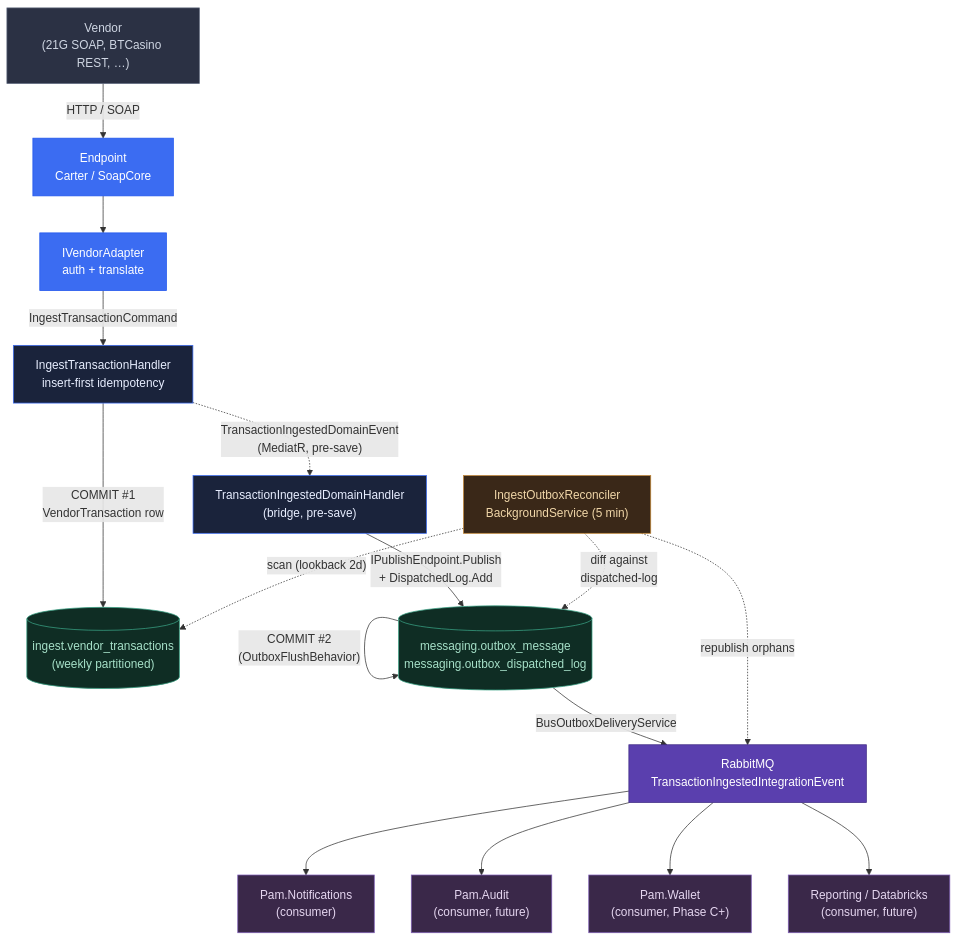
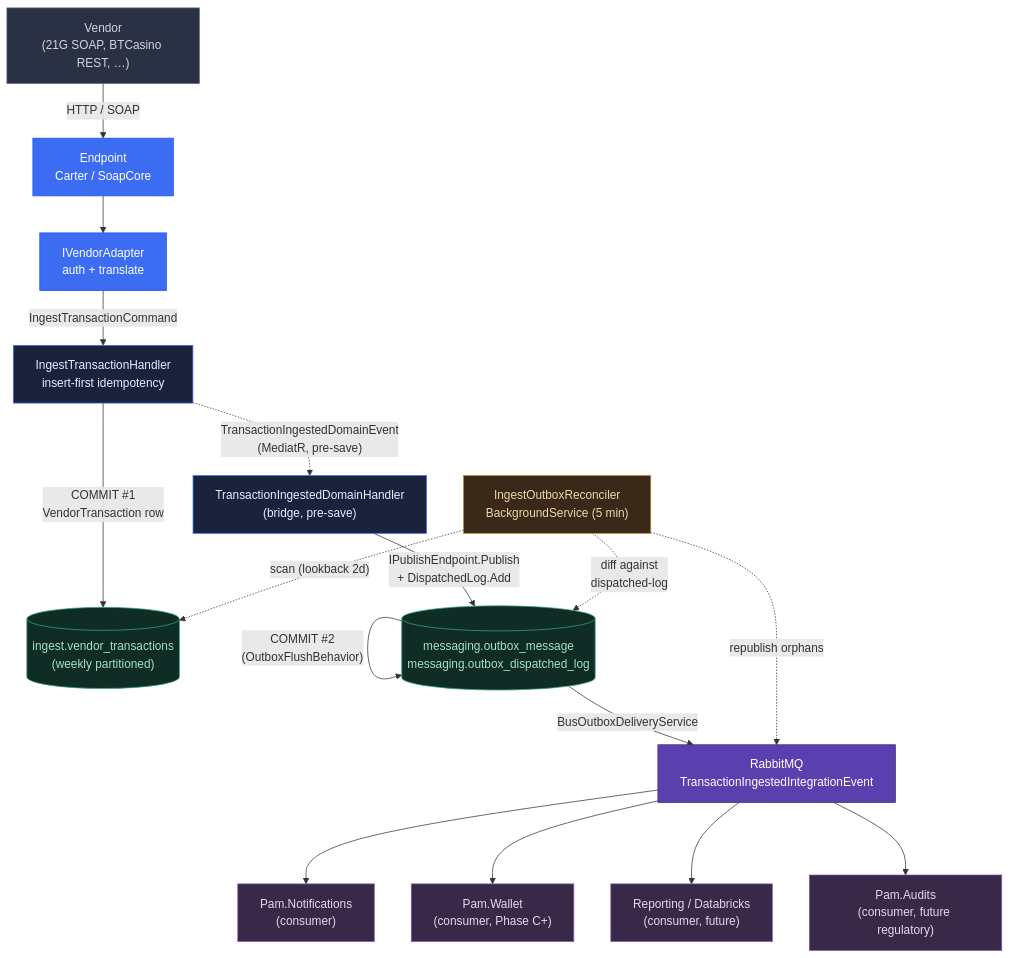
The diagram in docs-site/docs/INGEST.md (A1DS19/PAM), drawn with Mermaid before and after one commit. The commit also changed 4 other files, not shown here.

````diff
--- a/docs-site/docs/INGEST.md
+++ b/docs-site/docs/INGEST.md
@@ -76,41 +76,41 @@
 ```mermaid
 flowchart TB
     classDef ext fill:#2b3144,stroke:#566076,color:#cfd6e3
     classDef api fill:#3b6cf2,color:#fff,stroke:#1f55ed
     classDef handler fill:#1a233b,stroke:#3b6cf2,color:#e8eeff
     classDef db fill:#0f2d24,stroke:#39a386,color:#a6e0c8
     classDef bus fill:#5a3fae,color:#fff,stroke:#3f2a85
     classDef consumer fill:#3a2849,stroke:#7e5db5,color:#e5d6f0
     classDef recon fill:#3a2818,stroke:#c08434,color:#f0d6a8
 
     Vendor["Vendor<br/>(21G SOAP, BTCasino REST, …)"]:::ext
     Endpoint["Endpoint<br/>Carter / SoapCore"]:::api
     Adapter["IVendorAdapter<br/>auth + translate"]:::api
     Handler["IngestTransactionHandler<br/>insert-first idempotency"]:::handler
     Bridge["TransactionIngestedDomainHandler<br/>(bridge, pre-save)"]:::handler
     IngestDb[("ingest.vendor_transactions<br/>(weekly partitioned)")]:::db
     MsgDb[("messaging.outbox_message<br/>messaging.outbox_dispatched_log")]:::db
     Bus["RabbitMQ<br/>TransactionIngestedIntegrationEvent"]:::bus
     Notif["Pam.Notifications<br/>(consumer)"]:::consumer
-    AuditMod["Pam.Audit<br/>(consumer, future)"]:::consumer
     WalletMod["Pam.Wallet<br/>(consumer, Phase C+)"]:::consumer
     ReportMod["Reporting / Databricks<br/>(consumer, future)"]:::consumer
+    AuditsMod["Pam.Audits<br/>(consumer, future regulatory)"]:::consumer
     Reconciler["IngestOutboxReconciler<br/>BackgroundService (5 min)"]:::recon
 
     Vendor -->|"HTTP / SOAP"| Endpoint
     Endpoint --> Adapter
     Adapter -->|"IngestTransactionCommand"| Handler
     Handler -->|"COMMIT #1<br/>VendorTransaction row"| IngestDb
     Handler -.->|"TransactionIngestedDomainEvent<br/>(MediatR, pre-save)"| Bridge
     Bridge -->|"IPublishEndpoint.Publish<br/>+ DispatchedLog.Add"| MsgDb
     MsgDb -->|"COMMIT #2<br/>(OutboxFlushBehavior)"| MsgDb
     MsgDb -->|"BusOutboxDeliveryService"| Bus
     Bus --> Notif
-    Bus --> AuditMod
     Bus --> WalletMod
     Bus --> ReportMod
+    Bus --> AuditsMod
 
     Reconciler -. "scan (lookback 2d)" .-> IngestDb
     Reconciler -. "diff against<br/>dispatched-log" .-> MsgDb
     Reconciler -. "republish orphans" .-> Bus
 ```
````
